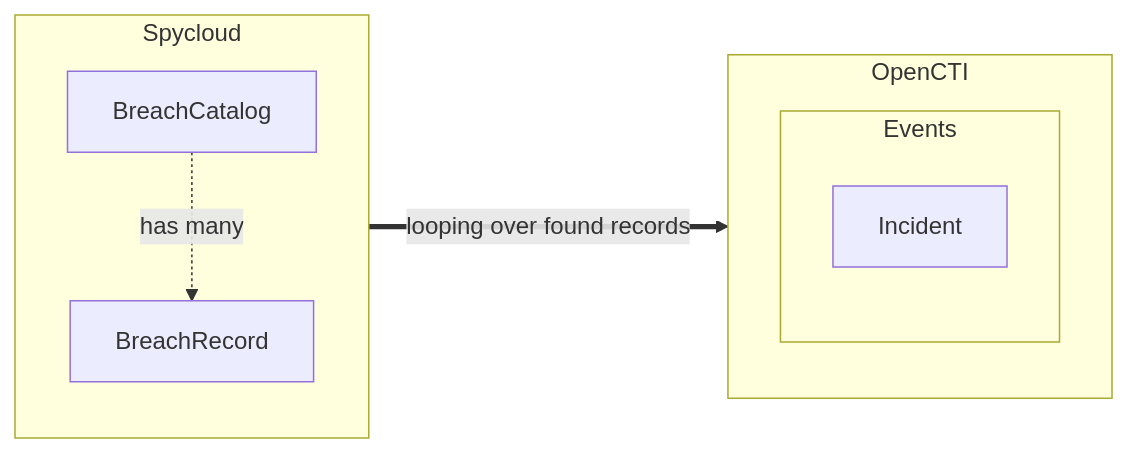
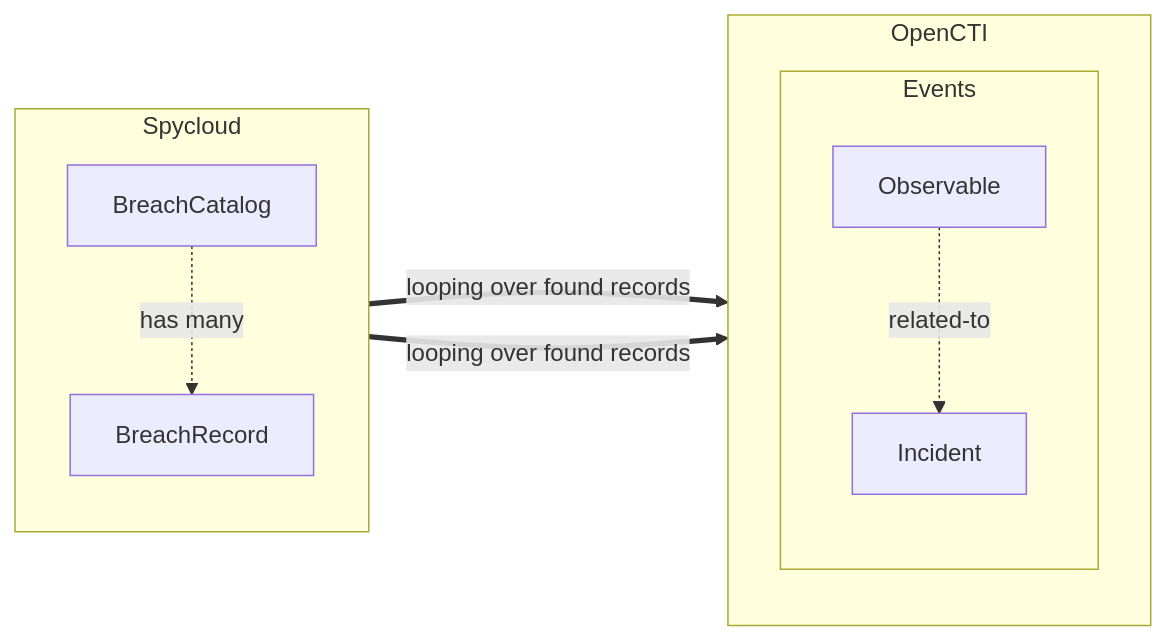
Before and after one commit to OpenCTI-Platform/connectors: the second of 2 diagrams in external-import/spycloud/README.md, drawn with Mermaid. The commit also changed other lines of this file, not shown here.

````diff
--- a/external-import/spycloud/README.md
+++ b/external-import/spycloud/README.md
@@ -168,22 +169,25 @@
 ```mermaid
 graph LR
     subgraph Spycloud
         direction TB
         SpycloudBreachCatalog[BreachCatalog]
         SpycloudBreachRecord[BreachRecord]
     end
 
     subgraph OpenCTI
         direction TB
         subgraph Events
             direction TB
             OpenCTIIncident[Incident]
+            OpenCTIObservable[Observable]
         end
     end
 
 %% BreachCatalog includes BreachRecord
     SpycloudBreachCatalog -.->|has many| SpycloudBreachRecord
 %% BreachRecord generates Incident
-    SpycloudBreachRecord ==>|looping over found records| OpenCTIIncident
+    SpycloudBreachRecord ==>|looping over found records| OpenCTIIncident & OpenCTIObservable
+%% Observables are related-to Incident
+    OpenCTIObservable -.->|related-to| OpenCTIIncident
 
 ```
````
